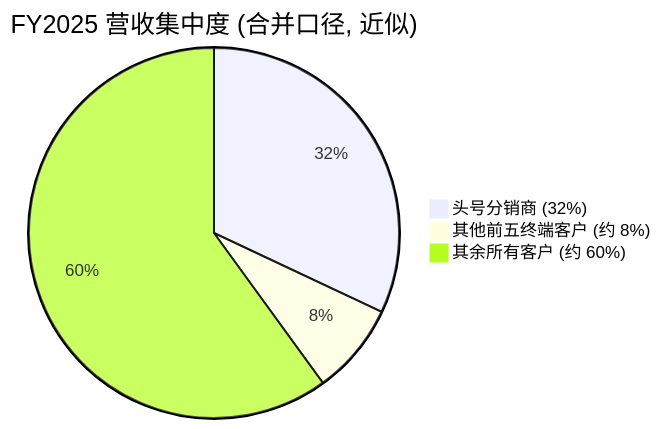
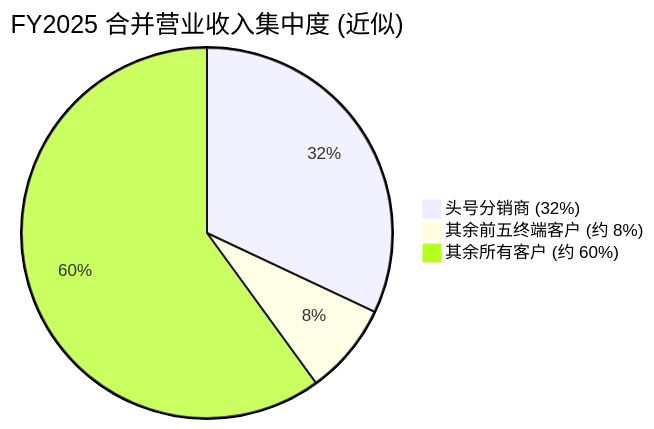
One commit to dadachundan/financial_agent changed the third of 5 diagrams in reports/company/Broadcom_NASDAQ_AVGO/Broadcom_NASDAQ_AVGO_公司研究.md. Above: the diagram before and after it, drawn with Mermaid. The commit also changed other lines of this file and 9 other files, not shown here.

First line of the commit message:
feat(company-research): refresh Broadcom (AVGO) — decision layer + full chart suite

````diff
--- a/reports/company/Broadcom_NASDAQ_AVGO/Broadcom_NASDAQ_AVGO_公司研究.md
+++ b/reports/company/Broadcom_NASDAQ_AVGO/Broadcom_NASDAQ_AVGO_公司研究.md
@@ -527,6 +613,6 @@
 ```mermaid
-pie title FY2025 营收集中度 (合并口径, 近似)
+pie title FY2025 合并营业收入集中度 (近似)
     "头号分销商 (32%)" : 32
-    "其他前五终端客户 (约 8%)" : 8
+    "其余前五终端客户 (约 8%)" : 8
     "其余所有客户 (约 60%)" : 60
 ```
````
